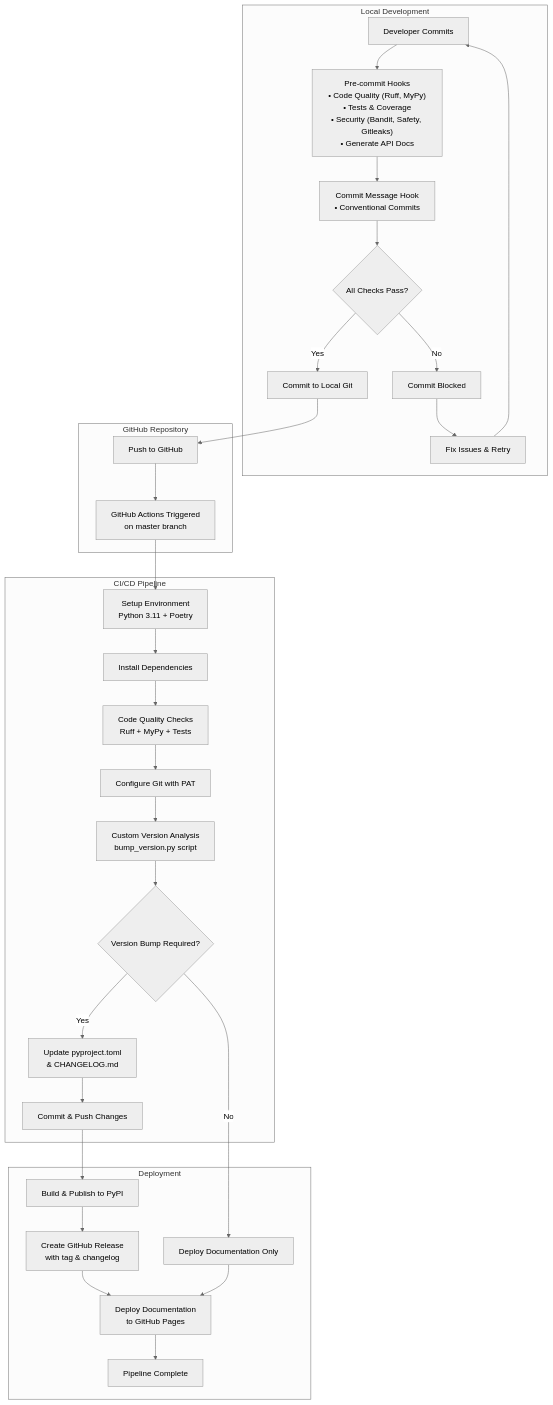
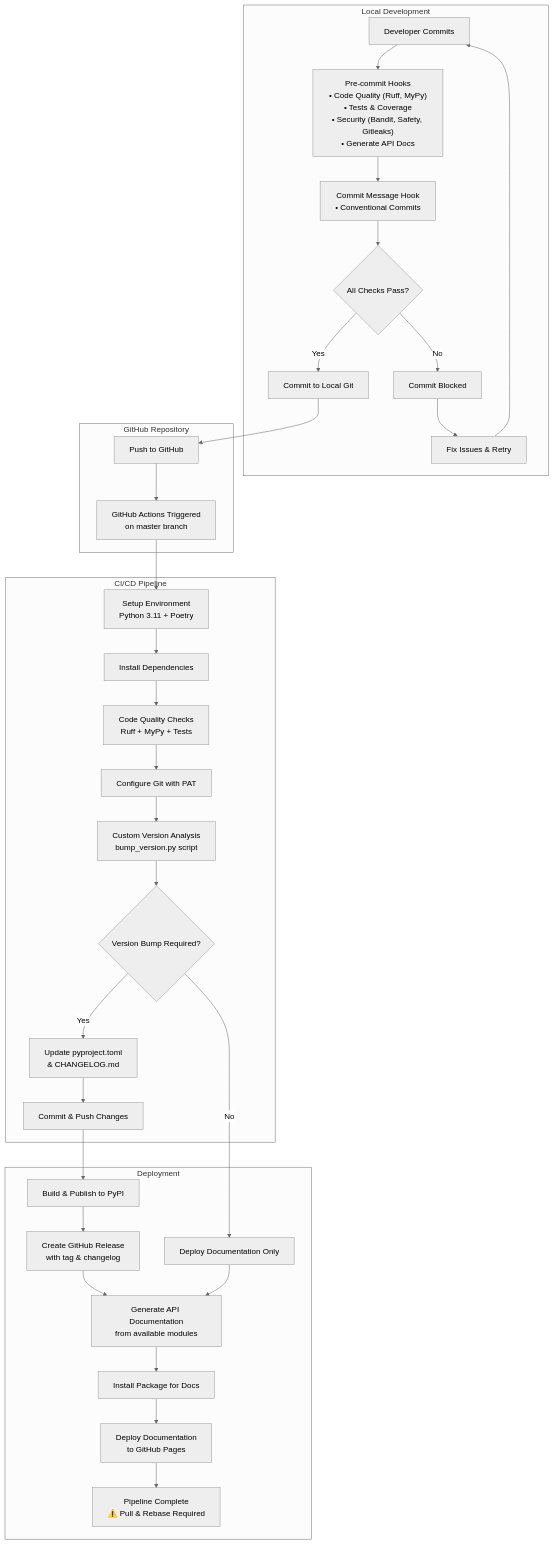
One commit to nilskujath/onesecondtrader changed the diagram in docs/development/ci-cd.md. Above: the diagram before and after it, drawn with Mermaid (neutral theme). The commit also changed other lines of this file and 1 other file, not shown here.

Commit message:
docs: fix docs website deploy issue

````diff
--- a/docs/development/ci-cd.md
+++ b/docs/development/ci-cd.md
@@ -10,65 +10,69 @@
 ```mermaid
 graph TD
     A[Developer Commits] --> B["Pre-commit Hooks<br/>• Code Quality (Ruff, MyPy)<br/>• Tests & Coverage<br/>• Security (Bandit, Safety, Gitleaks)<br/>• Generate API Docs"]
     B --> B2["Commit Message Hook<br/>• Conventional Commits"]
     B2 --> C{All Checks Pass?}
     C -->|No| D[Commit Blocked]
     C -->|Yes| E[Commit to Local Git]
     E --> F[Push to GitHub]
     F --> G[GitHub Actions Triggered<br/>on master branch]
 
     G --> H[Setup Environment<br/>Python 3.11 + Poetry]
     H --> I[Install Dependencies]
     I --> J[Code Quality Checks<br/>Ruff + MyPy + Tests]
     J --> K[Configure Git with PAT]
     K --> L[Custom Version Analysis<br/>bump_version.py script]
 
     L --> M{Version Bump Required?}
     M -->|Yes| N[Update pyproject.toml<br/>& CHANGELOG.md]
     M -->|No| S[Deploy Documentation Only]
 
     N --> O[Commit & Push Changes]
     O --> P[Build & Publish to PyPI]
     P --> Q[Create GitHub Release<br/>with tag & changelog]
-    Q --> R[Deploy Documentation<br/>to GitHub Pages]
-    R --> T[Pipeline Complete]
+    Q --> R[Generate API Documentation<br/>from available modules]
+    R --> S2[Install Package for Docs]
+    S2 --> T[Deploy Documentation<br/>to GitHub Pages]
+    T --> U2[Pipeline Complete<br/>⚠️ Pull & Rebase Required]
 
     S --> R
 
     D --> U[Fix Issues & Retry]
     U --> A
 
     subgraph "Local Development"
         A
         B
         B2
         C
         D
         E
         U
     end
 
     subgraph "GitHub Repository"
         F
         G
     end
 
     subgraph "CI/CD Pipeline"
         H
         I
         J
         K
         L
         M
         N
         O
     end
 
     subgraph "Deployment"
         P
         Q
         R
+        S2
+        T
+        U2
         S
-        T
     end
 ```
````
